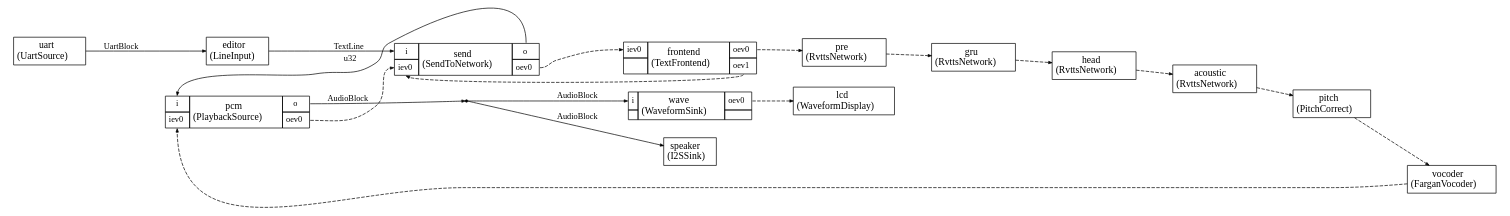
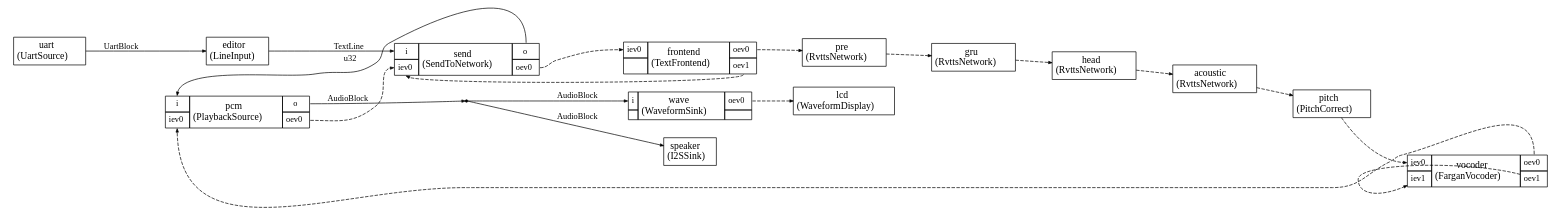
Before and after one commit to christophe0606/EthosCatalog: the diagram in projects/rvtts_fargan/generated/app.dot, drawn with Graphviz. The commit also changed 45 other files, not shown here.

```diff
--- a/projects/rvtts_fargan/generated/app.dot
+++ b/projects/rvtts_fargan/generated/app.dot
@@ -140,11 +140,20 @@
   </TR>
 </TABLE>>];
 
+
 vocoder [label=<
 <TABLE color="black" bgcolor="none" BORDER="0" CELLBORDER="1" CELLSPACING="0" CELLPADDING="4">
   <TR>
-    <TD ALIGN="CENTER" PORT="i"><FONT COLOR="black" POINT-SIZE="14.0">vocoder<BR/>(FarganVocoder)</FONT></TD>
+    <TD PORT="iev0"><FONT POINT-SIZE="12.0" COLOR="black">iev0</FONT></TD>
+    <TD ALIGN="CENTER" ROWSPAN="2"><FONT COLOR="black" POINT-SIZE="14.0">vocoder<BR/>(FarganVocoder)</FONT></TD>
+    <TD PORT="oev0"><FONT POINT-SIZE="12.0" COLOR="black">oev0</FONT></TD>
   </TR>
+<TR>
+<TD PORT="iev1"><FONT POINT-SIZE="12.0" COLOR="black">iev1</FONT></TD>
+
+<TD PORT="oev1"><FONT POINT-SIZE="12.0" COLOR="black">oev1</FONT></TD>
+</TR>
+
 </TABLE>>];
 
 
@@ -199,10 +208,13 @@
 acoustic:i -> pitch:i [style="dashed",color="black",fontsize="12.0",fontcolor="black",label=<>
 
 ]
-pitch:i -> vocoder:i [style="dashed",color="black",fontsize="12.0",fontcolor="black",label=<>
+pitch:i -> vocoder:iev0 [style="dashed",color="black",fontsize="12.0",fontcolor="black",label=<>
 
 ]
-vocoder:i -> pcm:iev0 [style="dashed",color="black",fontsize="12.0",fontcolor="black",label=<>
+vocoder:oev0 -> pcm:iev0 [style="dashed",color="black",fontsize="12.0",fontcolor="black",label=<>
+
+]
+vocoder:oev1 -> vocoder:iev1 [style="dashed",color="black",fontsize="12.0",fontcolor="black",label=<>
 
 ]
 pcm:oev0 -> send:iev0 [style="dashed",color="black",fontsize="12.0",fontcolor="black",label=<>
```
